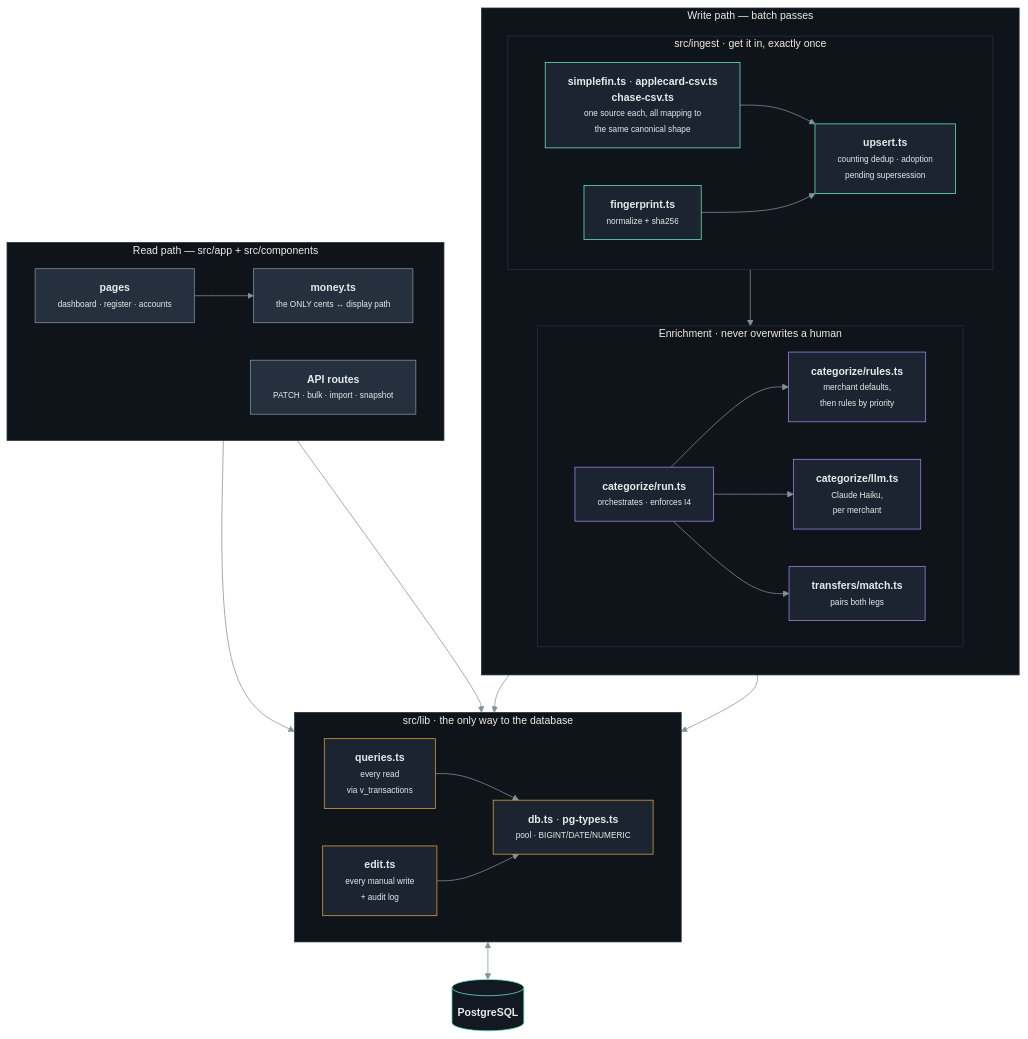
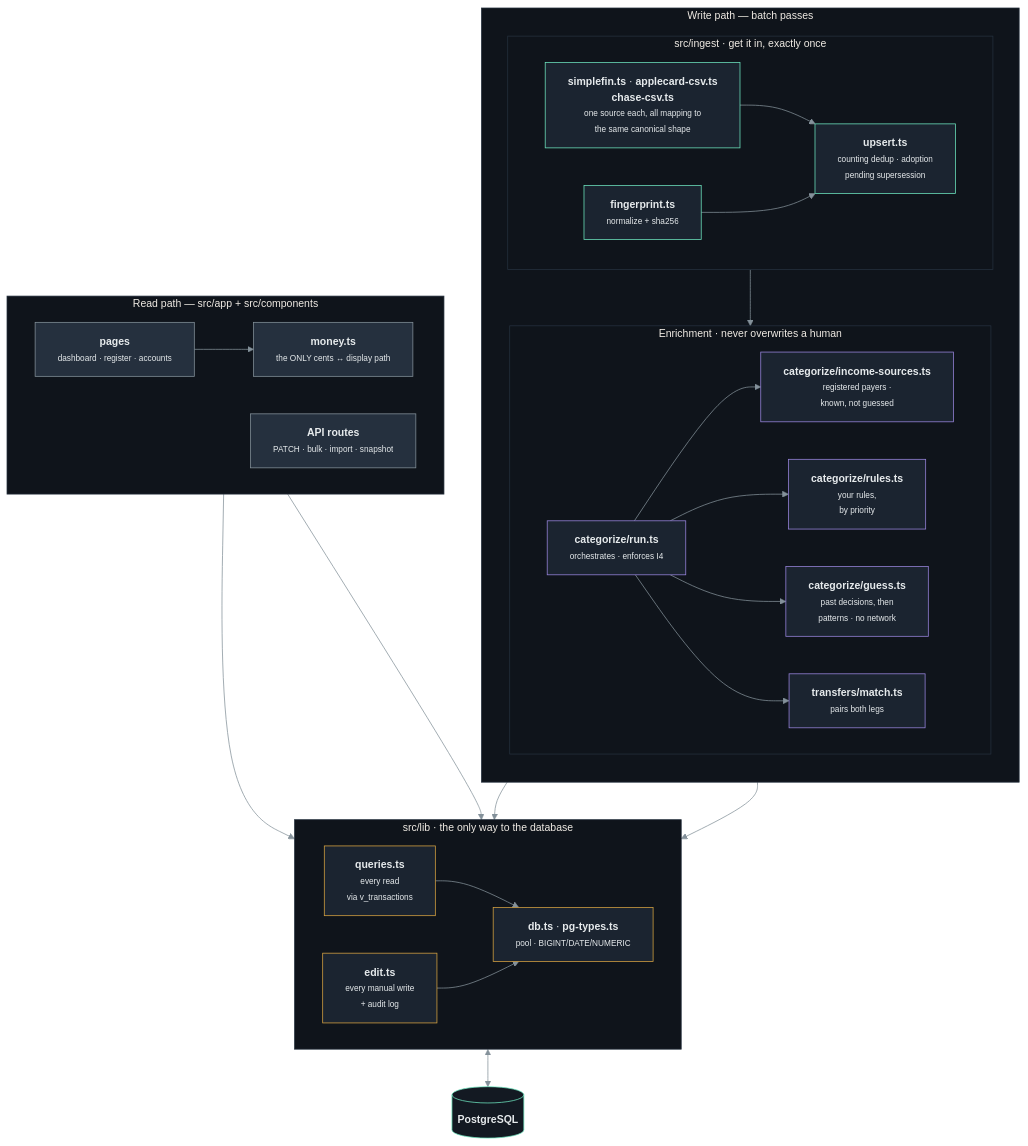
One commit to aryamanram/personal-finance-manager changed the diagram in docs/architecture/components.md. Above: the diagram before and after it, drawn with Mermaid. The commit also changed 37 other files, not shown here.

````diff
--- a/docs/architecture/components.md
+++ b/docs/architecture/components.md
@@ -7,70 +7,71 @@
 ```mermaid
 %%{init: {'theme':'base','themeVariables':{
   'background':'transparent',
   'primaryColor':'#1b2430','primaryTextColor':'#e6eaec','primaryBorderColor':'#34424f',
   'lineColor':'#84919a','secondaryColor':'#131922','tertiaryColor':'#0f141b',
   'clusterBkg':'#0f141b','clusterBorder':'#25303e',
   'edgeLabelBackground':'#0b0f14','fontSize':'14px'
 }}}%%
 flowchart TB
     subgraph write["Write path — batch passes"]
         direction TB
 
         subgraph ingest["src/ingest · get it in, exactly once"]
             direction LR
             sources["<b>simplefin.ts</b> · <b>applecard-csv.ts</b><br/><b>chase-csv.ts</b><br/><span style='font-size:11px'>one source each, all mapping to<br/>the same canonical shape</span>"]
             fingerprint["<b>fingerprint.ts</b><br/><span style='font-size:11px'>normalize + sha256</span>"]
             upsert["<b>upsert.ts</b><br/><span style='font-size:11px'>counting dedup · adoption<br/>pending supersession</span>"]
         end
 
         subgraph enrich["Enrichment · never overwrites a human"]
             direction LR
             runcat["<b>categorize/run.ts</b><br/><span style='font-size:11px'>orchestrates · enforces I4</span>"]
-            rules["<b>categorize/rules.ts</b><br/><span style='font-size:11px'>merchant defaults,<br/>then rules by priority</span>"]
-            llm["<b>categorize/llm.ts</b><br/><span style='font-size:11px'>Claude Haiku,<br/>per merchant</span>"]
+            income["<b>categorize/income-sources.ts</b><br/><span style='font-size:11px'>registered payers ·<br/>known, not guessed</span>"]
+            rules["<b>categorize/rules.ts</b><br/><span style='font-size:11px'>your rules,<br/>by priority</span>"]
+            guess["<b>categorize/guess.ts</b><br/><span style='font-size:11px'>past decisions, then<br/>patterns · no network</span>"]
             match["<b>transfers/match.ts</b><br/><span style='font-size:11px'>pairs both legs</span>"]
         end
     end
 
     subgraph gate["src/lib · the only way to the database"]
         direction LR
         queries["<b>queries.ts</b><br/><span style='font-size:11px'>every read<br/>via v_transactions</span>"]
         edit["<b>edit.ts</b><br/><span style='font-size:11px'>every manual write<br/>+ audit log</span>"]
         dbmod["<b>db.ts</b> · <b>pg-types.ts</b><br/><span style='font-size:11px'>pool · BIGINT/DATE/NUMERIC</span>"]
     end
 
     subgraph ui["Read path — src/app + src/components"]
         direction LR
         pages["<b>pages</b><br/><span style='font-size:11px'>dashboard · register · accounts</span>"]
         api["<b>API routes</b><br/><span style='font-size:11px'>PATCH · bulk · import · snapshot</span>"]
         money["<b>money.ts</b><br/><span style='font-size:11px'>the ONLY cents ↔ display path</span>"]
     end
 
     pg[("<b>PostgreSQL</b>")]
 
     sources --> upsert
     fingerprint --> upsert
     upsert --> enrich
-    runcat --> rules & llm & match
+    runcat --> income & rules & guess & match
 
     upsert --> dbmod
     enrich --> dbmod
     queries --> dbmod
     edit --> dbmod
     dbmod <--> pg
 
     pages --> queries
     pages --> money
     api --> edit
 
     classDef ing fill:#1b2430,stroke:#6ee7c0,color:#e6eaec
     classDef enr fill:#1b2430,stroke:#9a86e0,color:#e6eaec
     classDef dat fill:#1b2430,stroke:#d9a441,color:#e6eaec
     classDef uic fill:#25303e,stroke:#84919a,color:#e6eaec
     classDef store fill:#131922,stroke:#6ee7c0,color:#e6eaec
     class sources,fingerprint,upsert ing
-    class runcat,rules,llm,match enr
+    class runcat,income,rules,guess,match enr
     class queries,edit,dbmod dat
     class pages,api,money uic
     class pg store
 ```
````
